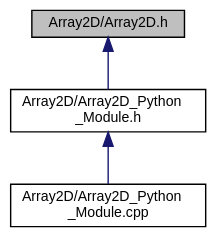
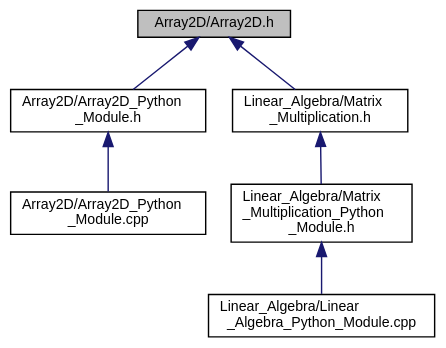
Before and after one commit to OsmanAEG/PySYCL: the diagram in docs/PySYCL_doxygen_html/_array2_d_8h__dep__incl.dot, drawn with Graphviz. The commit also changed 129 other files, not shown here.

```diff
--- a/docs/PySYCL_doxygen_html/_array2_d_8h__dep__incl.dot
+++ b/docs/PySYCL_doxygen_html/_array2_d_8h__dep__incl.dot
@@ -1,13 +1,19 @@
 digraph "Array2D/Array2D.h"
 {
  // INTERACTIVE_SVG=YES
  // LATEX_PDF_SIZE
   bgcolor="transparent";
   edge [fontname="Helvetica",fontsize="10",labelfontname="Helvetica",labelfontsize="10"];
   node [fontname="Helvetica",fontsize="10",shape=record];
   Node1 [label="Array2D/Array2D.h",height=0.2,width=0.4,color="black", fillcolor="grey75", style="filled", fontcolor="black",tooltip="Array2D in PySYCL. This is the shared version of the Array2D class. It is used when the user wants to..."];
   Node1 -> Node2 [dir="back",color="midnightblue",fontsize="10",style="solid",fontname="Helvetica"];
   Node2 [label="Array2D/Array2D_Python\l_Module.h",height=0.2,width=0.4,color="black",URL="$_array2_d___python___module_8h.html",tooltip="Python module for an array_2d object in PySYCL."];
   Node2 -> Node3 [dir="back",color="midnightblue",fontsize="10",style="solid",fontname="Helvetica"];
   Node3 [label="Array2D/Array2D_Python\l_Module.cpp",height=0.2,width=0.4,color="black",URL="$_array2_d___python___module_8cpp.html",tooltip="Python module for array_2d in PySYCL."];
+  Node1 -> Node4 [dir="back",color="midnightblue",fontsize="10",style="solid",fontname="Helvetica"];
+  Node4 [label="Linear_Algebra/Matrix\l_Multiplication.h",height=0.2,width=0.4,color="black",URL="$_matrix___multiplication_8h.html",tooltip="Matrix Multiplication in PySYCL."];
+  Node4 -> Node5 [dir="back",color="midnightblue",fontsize="10",style="solid",fontname="Helvetica"];
+  Node5 [label="Linear_Algebra/Matrix\l_Multiplication_Python\l_Module.h",height=0.2,width=0.4,color="black",URL="$_matrix___multiplication___python___module_8h.html",tooltip="Python module for a matrix multiplication in PySYCL."];
+  Node5 -> Node6 [dir="back",color="midnightblue",fontsize="10",style="solid",fontname="Helvetica"];
+  Node6 [label="Linear_Algebra/Linear\l_Algebra_Python_Module.cpp",height=0.2,width=0.4,color="black",URL="$_linear___algebra___python___module_8cpp.html",tooltip="Python module for linalg in PySYCL."];
 }
```
